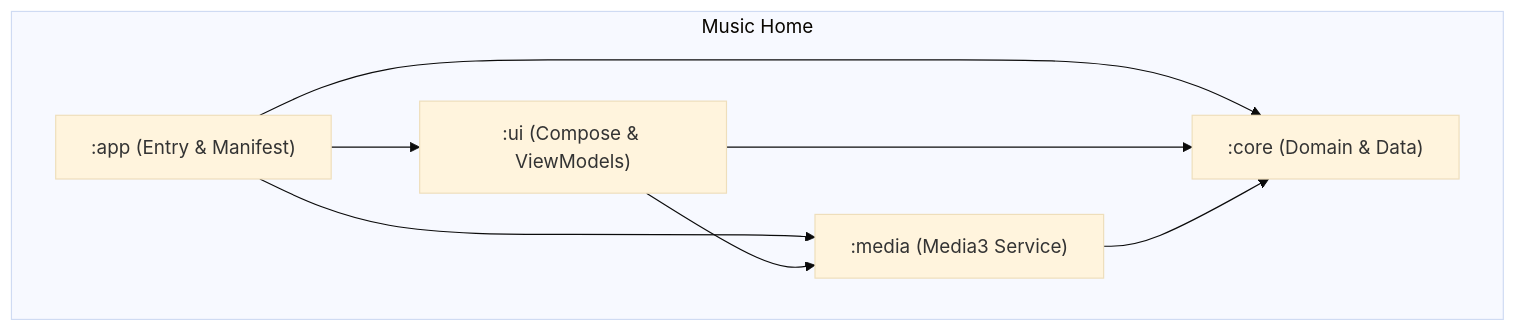
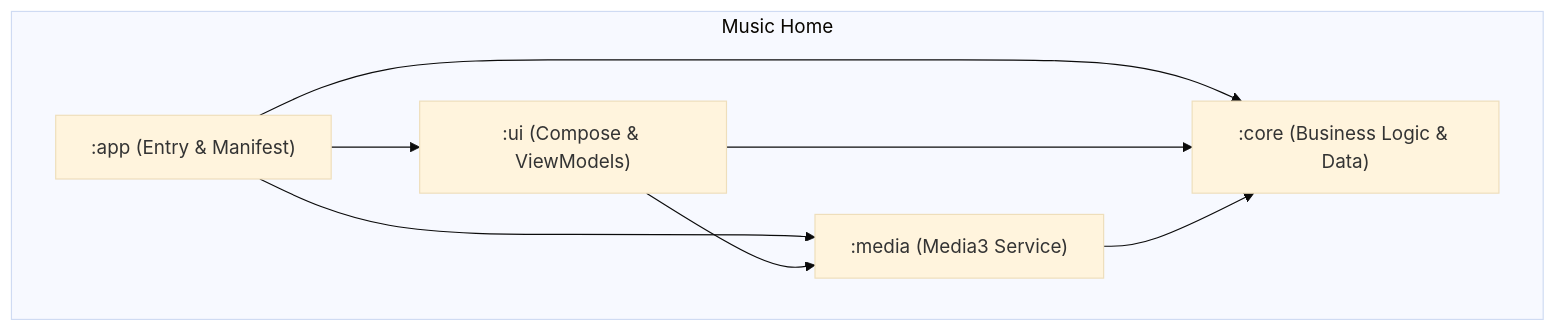
One commit to SleepyTurtle91/MusicHome changed the diagram in README.md. Above: the diagram before and after it, drawn with Mermaid (base theme). The commit also changed other lines of this file and 7 other files, not shown here.

````diff
--- a/README.md
+++ b/README.md
@@ -54,16 +64,16 @@
 ```mermaid
 graph TD
     subgraph "Music Home"
         app[":app (Entry & Manifest)"]
         ui[":ui (Compose & ViewModels)"]
-        core[":core (Domain & Data)"]
+        core[":core (Business Logic & Data)"]
         media[":media (Media3 Service)"]
 
         app --> ui
         app --> core
         app --> media
         ui --> media
         ui --> core
         media --> core
     end
 ```
````
